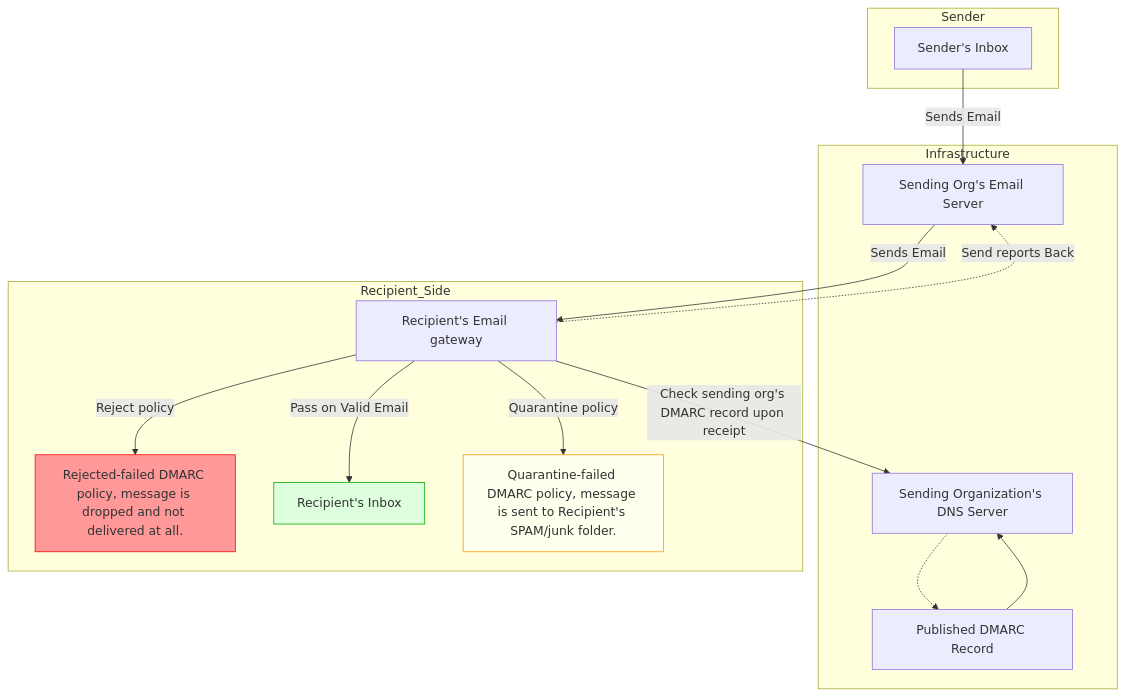
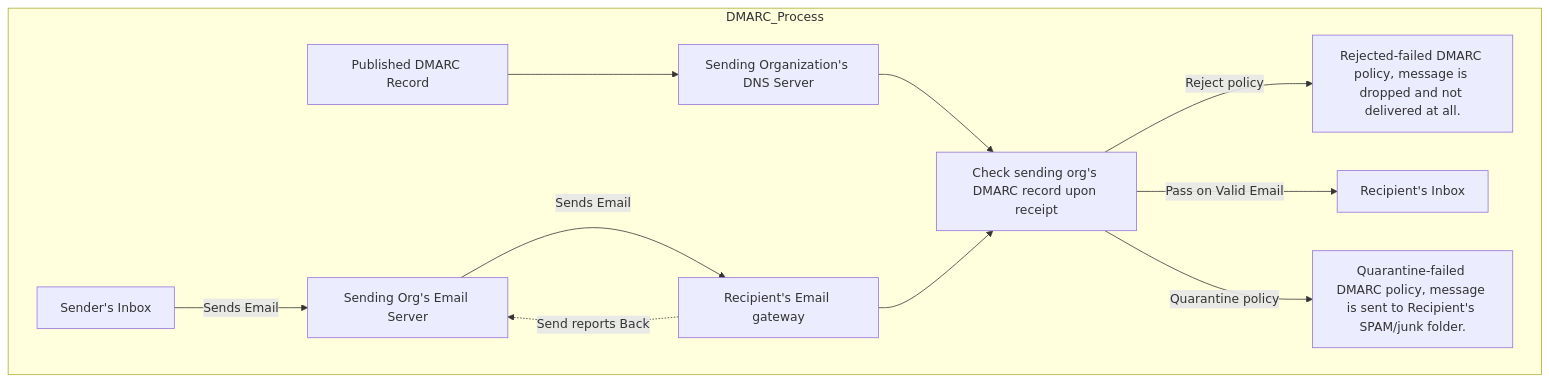
Before and after one commit to zk-007/AutiStudy-App: the third of 25 diagrams in frontend/books_mds/Grade 7/comp/comp_7.md, drawn with Mermaid. The commit also changed other lines of this file and 12 other files, not shown here.

````diff
--- a/frontend/books_mds/Grade 7/comp/comp_7.md
+++ b/frontend/books_mds/Grade 7/comp/comp_7.md
@@ -1932,31 +1785,15 @@
 ```mermaid
 graph TD
-    subgraph Sender
-        SI[Sender's Inbox]
+    subgraph DMARC_Process
+        A[Published DMARC Record] --> B[Sending Organization's DNS Server]
+        B --> C[Check sending org's DMARC record upon receipt]
+        C -- Reject policy --> D[Rejected-failed DMARC policy, message is dropped and not delivered at all.]
+        C -- Pass on Valid Email --> E[Recipient's Inbox]
+        C -- Quarantine policy --> F[Quarantine-failed DMARC policy, message is sent to Recipient's SPAM/junk folder.]
+        
+        G[Sender's Inbox] -- Sends Email --> H[Sending Org's Email Server]
+        H -- Sends Email --> I[Recipient's Email gateway]
+        I --> C
+        I -. Send reports Back .-> H
     end
-
-    subgraph Infrastructure
-        SES[Sending Org's Email Server]
-        DNS[Sending Organization's DNS Server]
-        REG[Published DMARC Record]
-    end
-
-    subgraph Recipient_Side
-        REG --> DNS
-        DNS -.-> REG
-        SI -- Sends Email --> SES
-        SES -- Sends Email --> REGW[Recipient's Email gateway]
-        
-        REGW -- Check sending org's DMARC record upon receipt --> DNS
-        
-        REGW -- Reject policy --> REJ[Rejected-failed DMARC policy, message is dropped and not delivered at all.]
-        REGW -- Pass on Valid Email --> RI[Recipient's Inbox]
-        REGW -- Quarantine policy --> QUA[Quarantine-failed DMARC policy, message is sent to Recipient's SPAM/junk folder.]
-        
-        REGW -. Send reports Back .-> SES
-    end
-
-    style REJ fill:#f99,stroke:#f00
-    style QUA fill:#ffe,stroke:#f90
-    style RI fill:#dfd,stroke:#0a0
 ```
````
